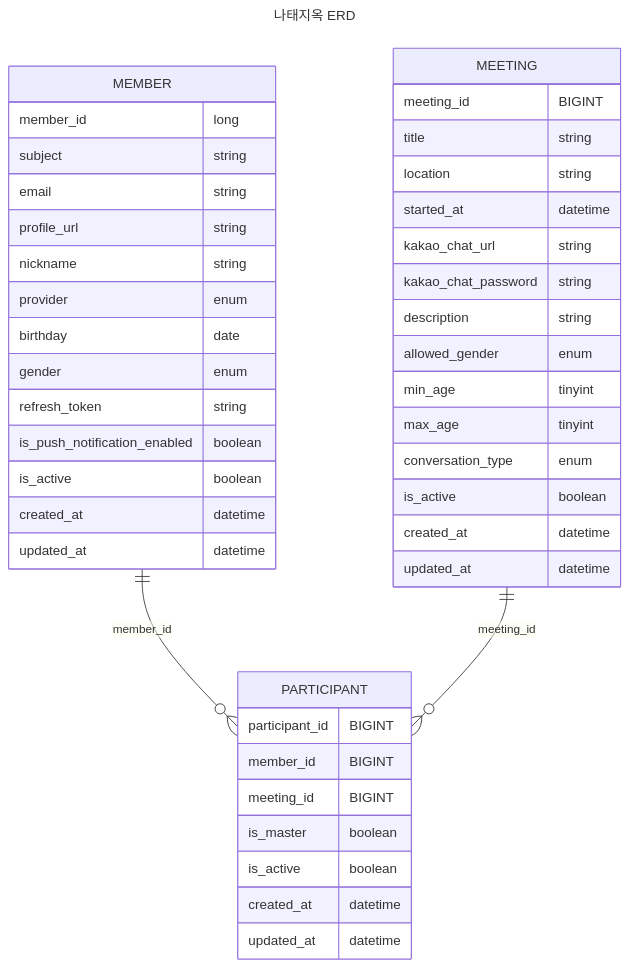
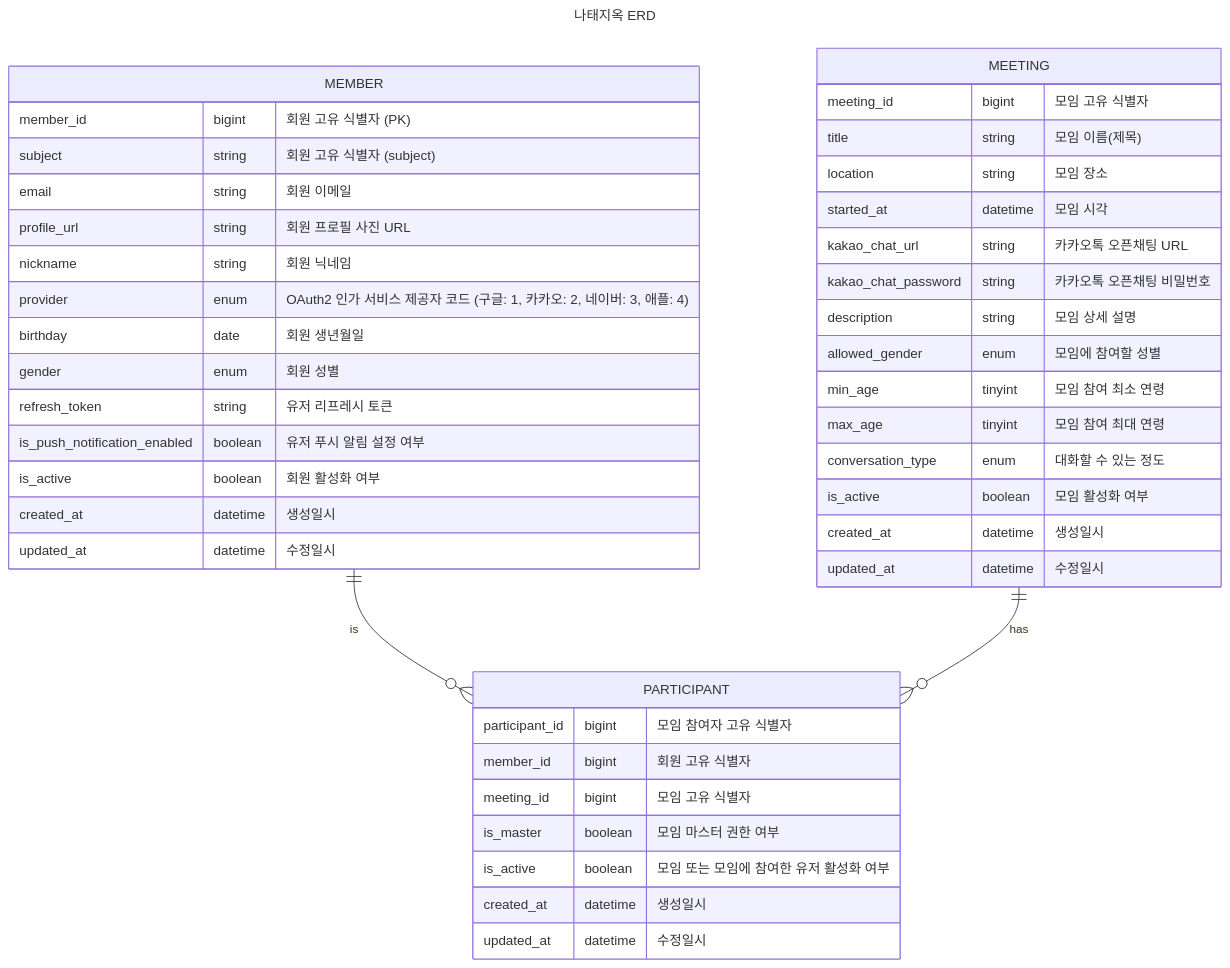
One commit to sloth-hell/sloth-hell-api changed the diagram in README.md. Above: the diagram before and after it, drawn with Mermaid.

Commit message:
Add ERD in README.md
* README.md에 ERD 현재 버전까지 작업 완료

````diff
--- a/README.md
+++ b/README.md
@@ -5,48 +5,48 @@
 ```mermaid
 ---
 title: 나태지옥 ERD
 ---
 erDiagram
-    MEMBER ||--o{ PARTICIPANT : member_id
+    MEMBER ||--o{ PARTICIPANT : is
     MEMBER {
-        member_id long
-        subject string
-        email string
-        profile_url string
-        nickname string
-        provider enum
-        birthday date
-        gender enum
-        refresh_token string
-        is_push_notification_enabled boolean
-        is_active boolean
-        created_at datetime
-        updated_at datetime
+        member_id bigint "회원 고유 식별자 (PK)"
+        subject string "회원 고유 식별자 (subject)"
+        email string "회원 이메일"
+        profile_url string "회원 프로필 사진 URL"
+        nickname string "회원 닉네임"
+        provider enum "OAuth2 인가 서비스 제공자 코드 (구글: 1, 카카오: 2, 네이버: 3, 애플: 4)"
+        birthday date "회원 생년월일"
+        gender enum "회원 성별"
+        refresh_token string "유저 리프레시 토큰"
+        is_push_notification_enabled boolean "유저 푸시 알림 설정 여부"
+        is_active boolean "회원 활성화 여부"
+        created_at datetime "생성일시"
+        updated_at datetime "수정일시"
     }
-    MEETING ||--o{ PARTICIPANT : meeting_id
+    MEETING ||--o{ PARTICIPANT : has
     MEETING {
-        meeting_id BIGINT
-        title string
-        location string
-        started_at datetime
-        kakao_chat_url string
-        kakao_chat_password string
-        description string
-        allowed_gender enum
-        min_age tinyint
-        max_age tinyint
-        conversation_type enum
-        is_active boolean
-        created_at datetime
-        updated_at datetime
+        meeting_id bigint "모임 고유 식별자"
+        title string "모임 이름(제목)"
+        location string "모임 장소"
+        started_at datetime "모임 시각"
+        kakao_chat_url string "카카오톡 오픈채팅 URL"
+        kakao_chat_password string "카카오톡 오픈채팅 비밀번호"
+        description string "모임 상세 설명"
+        allowed_gender enum "모임에 참여할 성별"
+        min_age tinyint "모임 참여 최소 연령"
+        max_age tinyint "모임 참여 최대 연령"
+        conversation_type enum "대화할 수 있는 정도"
+        is_active boolean "모임 활성화 여부"
+        created_at datetime "생성일시"
+        updated_at datetime "수정일시"
     }
     PARTICIPANT {
-        participant_id BIGINT
-        member_id BIGINT
-        meeting_id BIGINT
-        is_master boolean
-        is_active boolean
-        created_at datetime
-        updated_at datetime
+        participant_id bigint "모임 참여자 고유 식별자"
+        member_id bigint "회원 고유 식별자"
+        meeting_id bigint "모임 고유 식별자"
+        is_master boolean "모임 마스터 권한 여부"
+        is_active boolean "모임 또는 모임에 참여한 유저 활성화 여부"
+        created_at datetime "생성일시"
+        updated_at datetime "수정일시"
     }
 ```
````
